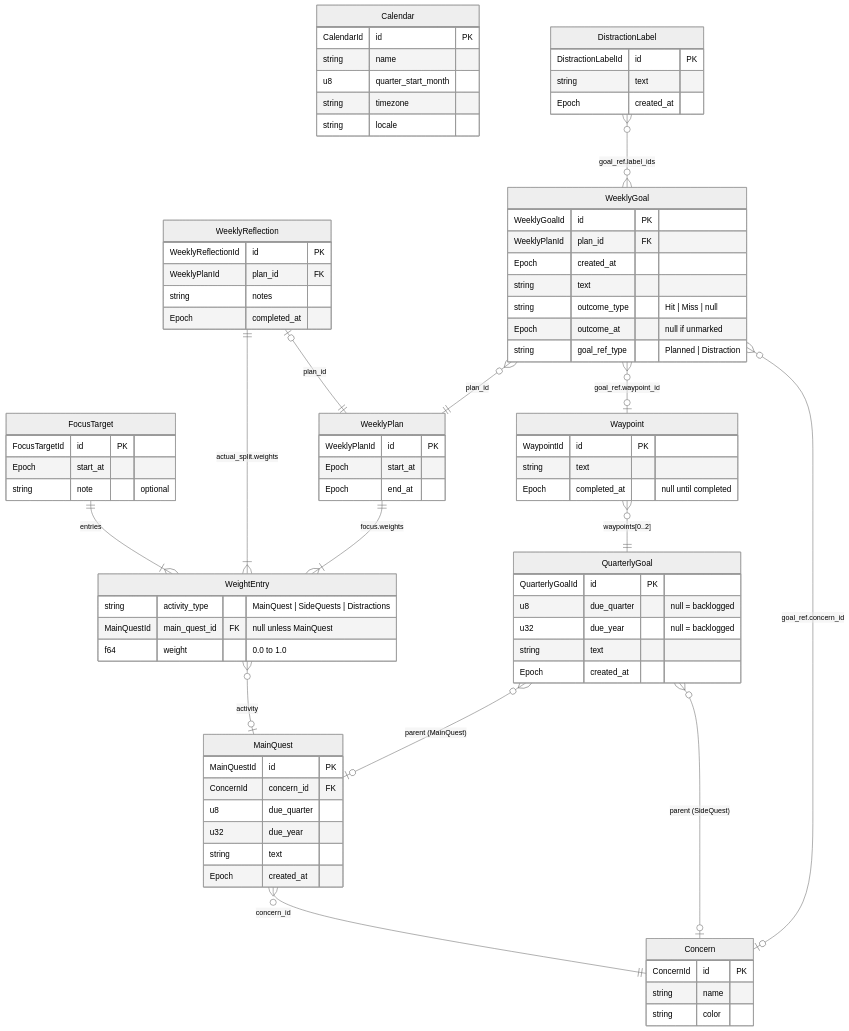
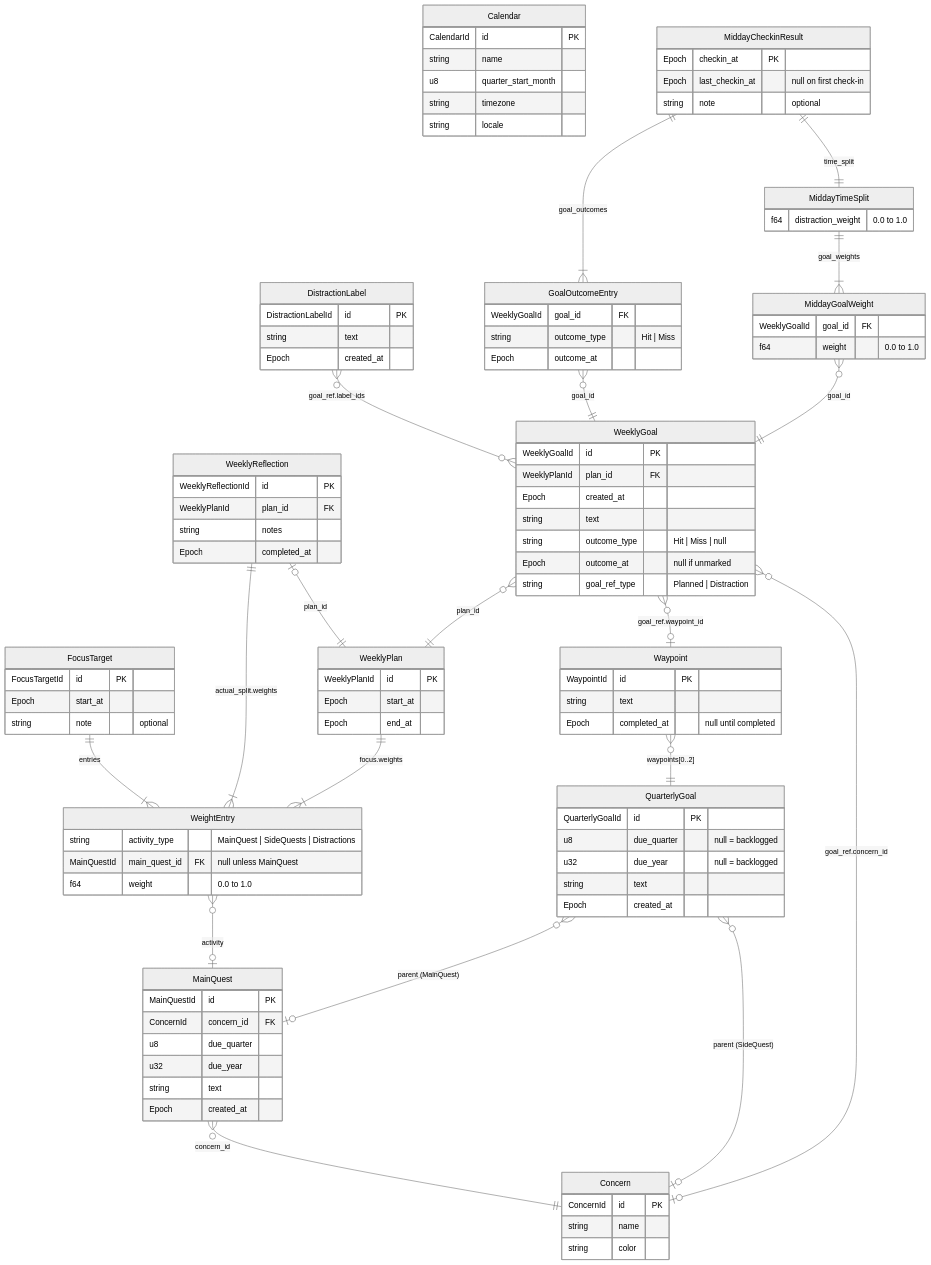
One commit to yshavit/hrairto changed the diagram in src-tauri/src/models/stored.md. Above: the diagram before and after it, drawn with Mermaid (neutral theme). The commit also changed 21 other files, not shown here.

First line of the commit message:
midday: implement mid-day check-in UI

````diff
--- a/src-tauri/src/models/stored.md
+++ b/src-tauri/src/models/stored.md
@@ -78,6 +78,27 @@
         Epoch created_at
     }
 
+    MiddayCheckinResult {
+        Epoch checkin_at PK
+        Epoch last_checkin_at "null on first check-in"
+        string note "optional"
+    }
+
+    GoalOutcomeEntry {
+        WeeklyGoalId goal_id FK
+        string outcome_type "Hit | Miss"
+        Epoch outcome_at
+    }
+
+    MiddayTimeSplit {
+        f64 distraction_weight "0.0 to 1.0"
+    }
+
+    MiddayGoalWeight {
+        WeeklyGoalId goal_id FK
+        f64 weight "0.0 to 1.0"
+    }
+
     FocusTarget ||--|{ WeightEntry : entries
     MainQuest }o--|| Concern : concern_id
     WeeklyReflection ||--|{ WeightEntry : "actual_split.weights"
@@ -91,4 +112,9 @@
     WeeklyGoal }o--o| Waypoint : "goal_ref.waypoint_id"
     WeeklyGoal }o--o| Concern : "goal_ref.concern_id"
     DistractionLabel }o--o{ WeeklyGoal : "goal_ref.label_ids"
+    MiddayCheckinResult ||--|{ GoalOutcomeEntry : goal_outcomes
+    MiddayCheckinResult ||--|| MiddayTimeSplit : time_split
+    MiddayTimeSplit ||--|{ MiddayGoalWeight : goal_weights
+    GoalOutcomeEntry }o--|| WeeklyGoal : goal_id
+    MiddayGoalWeight }o--|| WeeklyGoal : goal_id
 ```
````
